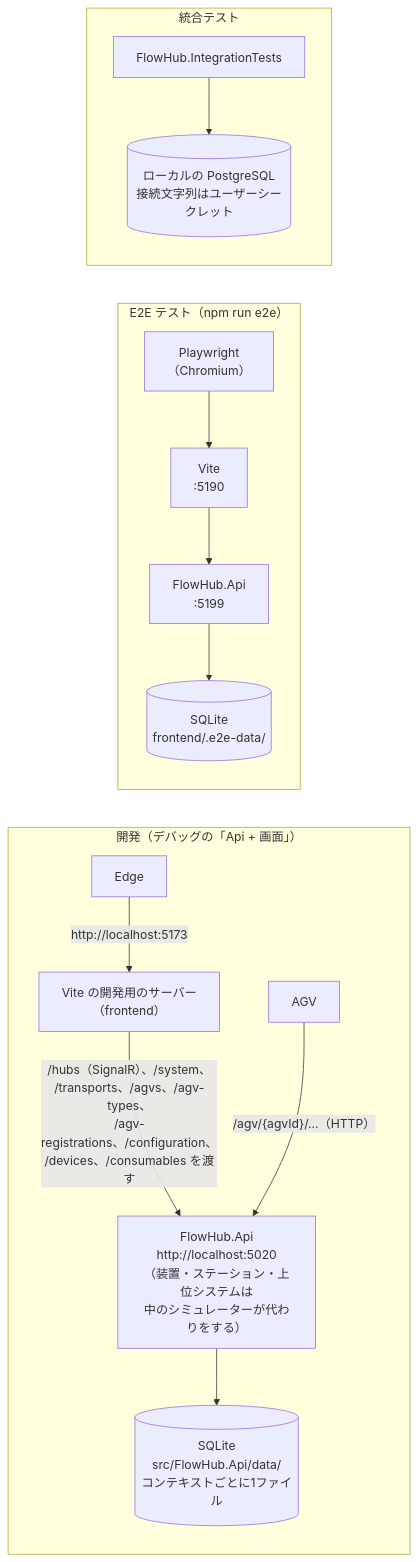
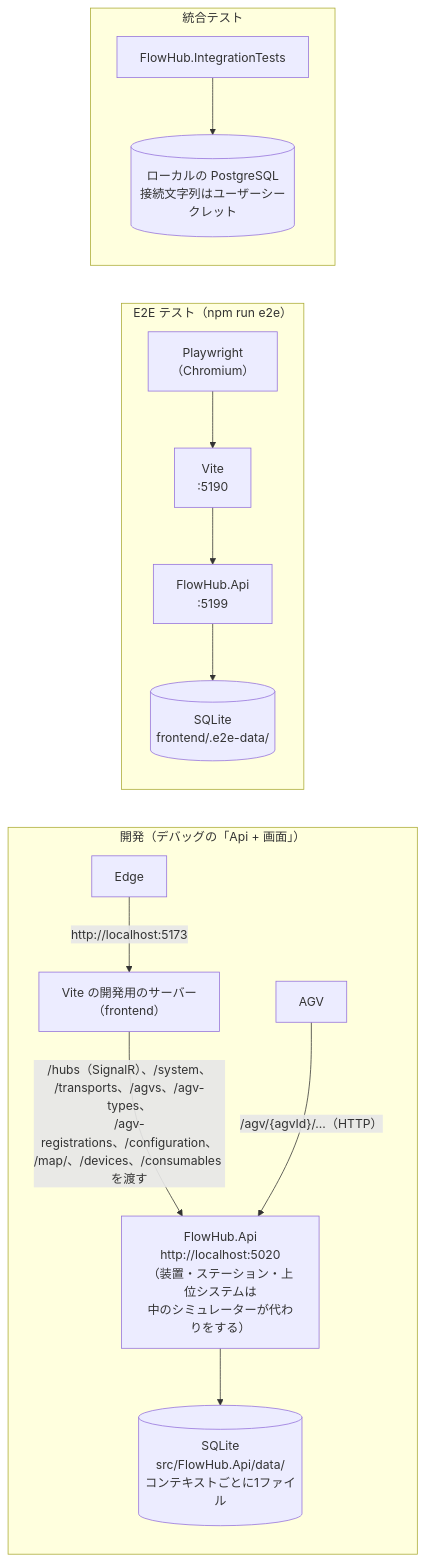
Before and after one commit to kkobaoh/flow-hub: the diagram in docs/development.md, drawn with Mermaid. The commit also changed 20 other files, not shown here.

````diff
--- a/docs/development.md
+++ b/docs/development.md
@@ -50,15 +50,15 @@
 ```mermaid
 flowchart LR
     subgraph dev["開発（デバッグの「Api + 画面」）"]
         Edge["Edge"] -->|"http://localhost:5173"| Vite["Vite の開発用のサーバー<br/>（frontend）"]
-        Vite -->|"/hubs（SignalR）、/system、<br/>/transports、/agvs、/agv-types、<br/>/agv-registrations、/configuration、<br/>/devices、/consumables を渡す"| Api["FlowHub.Api<br/>http://localhost:5020<br/>（装置・ステーション・上位システムは<br/>中のシミュレーターが代わりをする）"]
+        Vite -->|"/hubs（SignalR）、/system、<br/>/transports、/agvs、/agv-types、<br/>/agv-registrations、/configuration、<br/>/map/、/devices、/consumables を渡す"| Api["FlowHub.Api<br/>http://localhost:5020<br/>（装置・ステーション・上位システムは<br/>中のシミュレーターが代わりをする）"]
         AGV["AGV"] -->|"/agv/{agvId}/…（HTTP）"| Api
         Api --> Sqlite[("SQLite<br/>src/FlowHub.Api/data/<br/>コンテキストごとに1ファイル")]
     end
     subgraph e2e["E2E テスト（npm run e2e）"]
         Chromium["Playwright<br/>（Chromium）"] --> ViteE2E["Vite<br/>:5190"] --> ApiE2E["FlowHub.Api<br/>:5199"] --> SqliteE2E[("SQLite<br/>frontend/.e2e-data/")]
     end
     subgraph it["統合テスト"]
         IntegrationTests["FlowHub.IntegrationTests"] --> Postgres[("ローカルの PostgreSQL<br/>接続文字列はユーザーシークレット")]
     end
 ```
````
